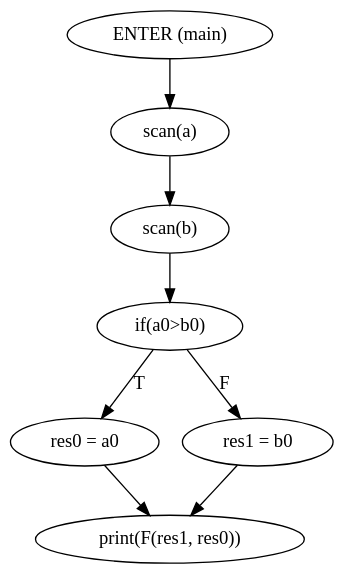
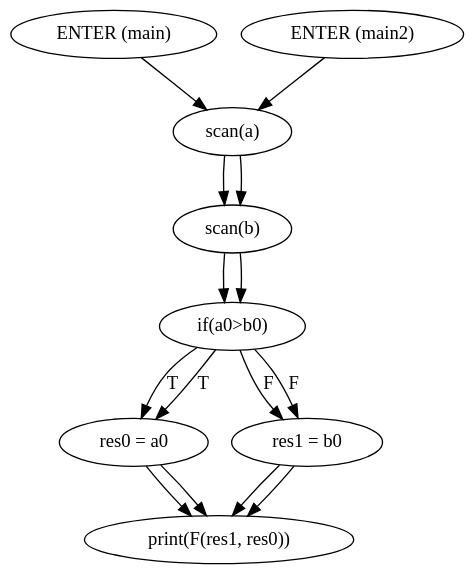
The diagram in Final/Cmb/Gramatica/output/ssa.gv (MiguelCosta/ATS), drawn with Graphviz before and after one commit. The commit also changed 162 other files, not shown here.

```diff
--- a/Final/Cmb/Gramatica/output/ssa.gv
+++ b/Final/Cmb/Gramatica/output/ssa.gv
@@ -1,17 +1,31 @@
 digraph mainmapSSA {
 graph [bgcolor=transparent];
 "ENTER (main)"[label="ENTER (main)"];
 "scan(a)"[label="scan(a)"];
 "scan(b)"[label="scan(b)"];
 "if(a>b)"[label="if(a0>b0)"];
 "res = a"[label="res0 = a0"];
 "res = b"[label="res1 = b0"];
 "print(res)"[label="print(F(res1, res0))"];
 "ENTER (main)" -> "scan(a)";
 	"scan(a)" -> "scan(b)";
 	"scan(b)" -> "if(a>b)";
 	"if(a>b)" -> "res = a"[label="T"];
 	"if(a>b)" -> "res = b"[label="F"];
 	"res = a" -> "print(res)";
 	"res = b" -> "print(res)";
+	"ENTER (main2)"[label="ENTER (main2)"];
+"scan(a)"[label="scan(a)"];
+"scan(b)"[label="scan(b)"];
+"if(a>b)"[label="if(a0>b0)"];
+"res = a"[label="res0 = a0"];
+"res = b"[label="res1 = b0"];
+"print(res)"[label="print(F(res1, res0))"];
+"ENTER (main2)" -> "scan(a)";
+	"scan(a)" -> "scan(b)";
+	"scan(b)" -> "if(a>b)";
+	"if(a>b)" -> "res = a"[label="T"];
+	"if(a>b)" -> "res = b"[label="F"];
+	"res = a" -> "print(res)";
+	"res = b" -> "print(res)";
 	}
```
